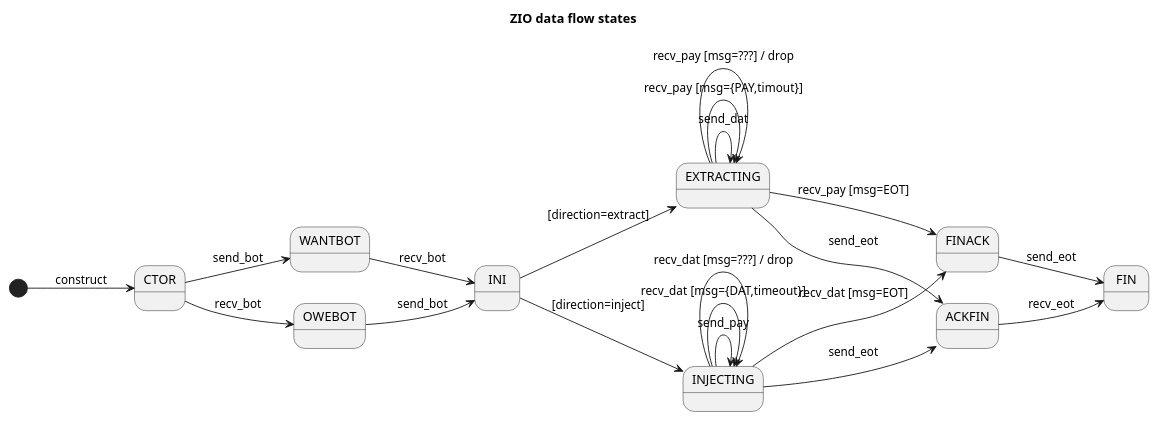
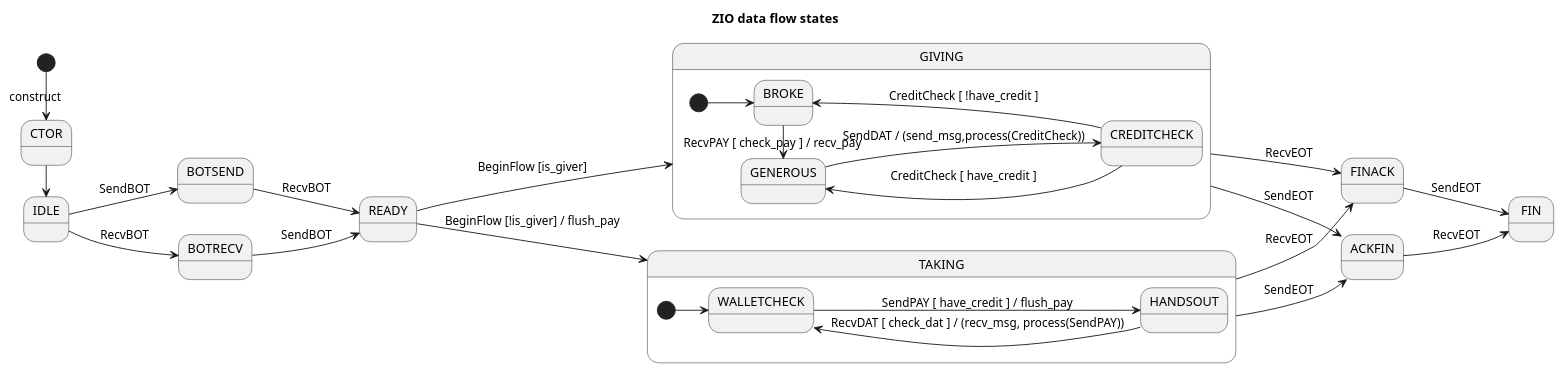
One commit to brettviren/zio changed the diagram in docs/flow-states.plantuml. Above: the diagram before and after it, drawn with PlantUML. The commit also changed 2 other files, not shown here.

Commit message:
Initial test implementation of flow protocol object using boost.sml

```diff
--- a/docs/flow-states.plantuml
+++ b/docs/flow-states.plantuml
@@ -1,28 +1,37 @@
 @startuml
 left to right direction
 title ZIO data flow states
-[*] --> CTOR : construct
-CTOR --> WANTBOT : send_bot
-CTOR --> OWEBOT : recv_bot
-WANTBOT --> INI : recv_bot
-OWEBOT --> INI : send_bot
+[*] -> CTOR : construct
+CTOR -> IDLE
+IDLE --> BOTSEND : SendBOT
+IDLE --> BOTRECV : RecvBOT
+BOTSEND --> READY : RecvBOT
+BOTRECV --> READY : SendBOT
 
-INI --> EXTRACTING : [direction=extract]
-INI --> INJECTING : [direction=inject]
+READY --> GIVING : BeginFlow [is_giver]
+READY --> TAKING : BeginFlow [!is_giver] / flush_pay
 
-EXTRACTING -> EXTRACTING : send_dat
-EXTRACTING -> EXTRACTING : recv_pay [msg={PAY,timout}]
-EXTRACTING -> EXTRACTING : recv_pay [msg=???] / drop
-EXTRACTING --> FINACK : recv_pay [msg=EOT]
-EXTRACTING --> ACKFIN : send_eot
+state GIVING {
+        [*] --> BROKE
+        BROKE -> GENEROUS : RecvPAY [ check_pay ] / recv_pay
+        GENEROUS -> CREDITCHECK : SendDAT / (send_msg,process(CreditCheck))
+        CREDITCHECK --> GENEROUS : CreditCheck [ have_credit ]
+        CREDITCHECK --> BROKE : CreditCheck [ !have_credit ]
+}
 
-INJECTING -> INJECTING : send_pay
-INJECTING -> INJECTING : recv_dat [msg={DAT,timeout}]
-INJECTING -> INJECTING : recv_dat [msg=???] / drop
-INJECTING --> FINACK : recv_dat [msg=EOT]
-INJECTING --> ACKFIN : send_eot
+GIVING --> FINACK : RecvEOT
+GIVING --> ACKFIN : SendEOT
 
-FINACK --> FIN : send_eot
-ACKFIN --> FIN : recv_eot
+state TAKING {
+        [*] --> WALLETCHECK
+        WALLETCHECK -> HANDSOUT : SendPAY [ have_credit ] / flush_pay
+        HANDSOUT --> WALLETCHECK : RecvDAT [ check_dat ] / (recv_msg, process(SendPAY))
+}
+
+TAKING --> FINACK : RecvEOT
+TAKING --> ACKFIN : SendEOT
+
+FINACK --> FIN : SendEOT
+ACKFIN --> FIN : RecvEOT
 
 @enduml
```
